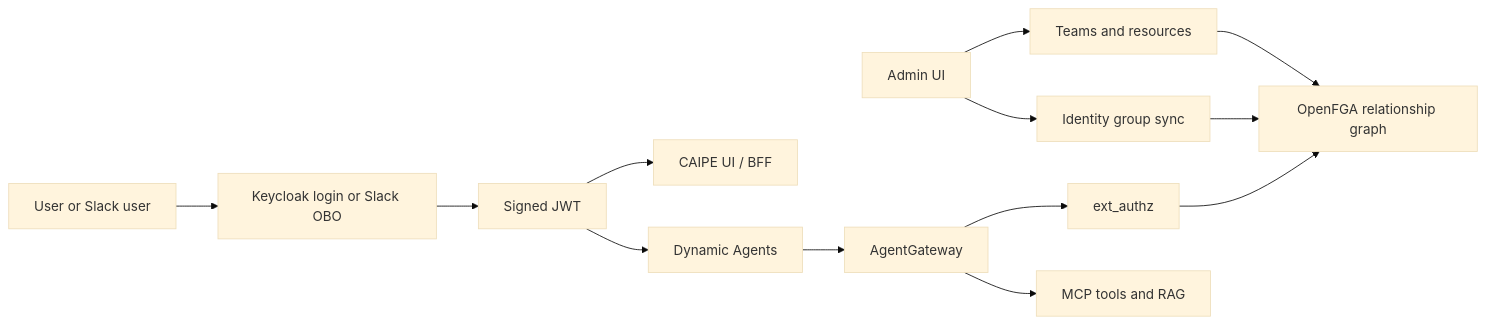
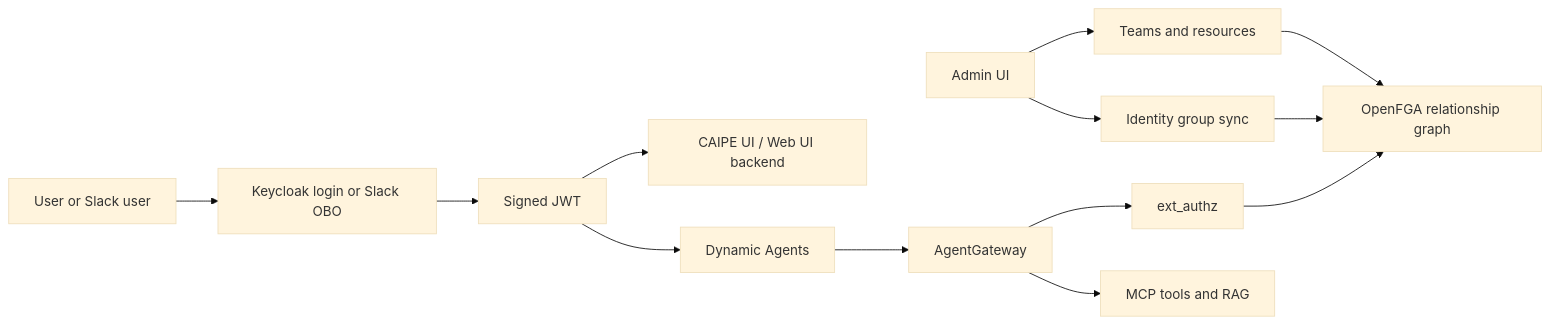
The first of 2 diagrams in docs/docs/security/rbac/feature-guide.md (cnoe-io/ai-platform-engineering), drawn with Mermaid (base theme) before and after one commit. The commit also changed other lines of this file and 204 other files, not shown here.

````diff
--- a/docs/docs/security/rbac/feature-guide.md
+++ b/docs/docs/security/rbac/feature-guide.md
@@ -93,18 +93,18 @@
 ```mermaid
 flowchart LR
   User[User or Slack user] --> Auth[Keycloak login or Slack OBO]
   Auth --> JWT[Signed JWT]
 
-  JWT --> UI[CAIPE UI / BFF]
+  JWT --> UI[CAIPE UI / Web UI backend]
   JWT --> DA[Dynamic Agents]
   DA --> AGW[AgentGateway]
 
   Admin[Admin UI] --> Teams[Teams and resources]
   Admin --> Groups[Identity group sync]
   Teams --> FGA[OpenFGA relationship graph]
   Groups --> FGA
 
   AGW --> Ext[ext_authz]
   Ext --> FGA
   AGW --> MCP[MCP tools and RAG]
 ```
````
